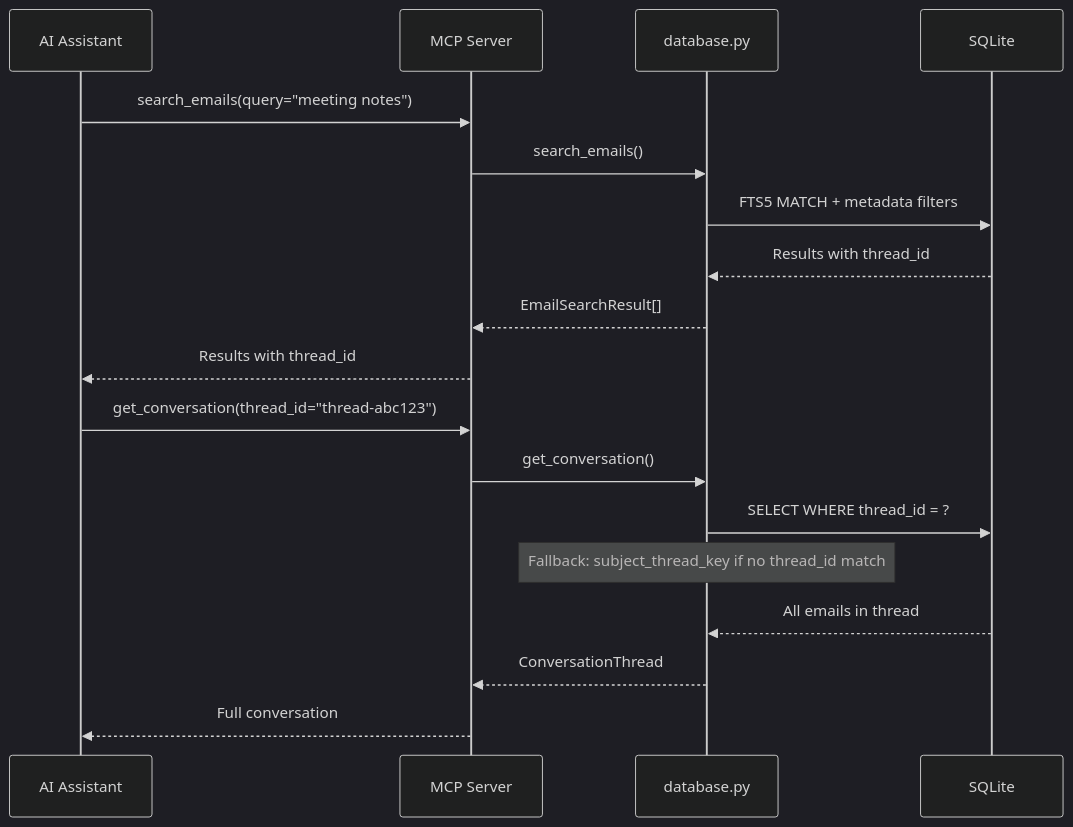
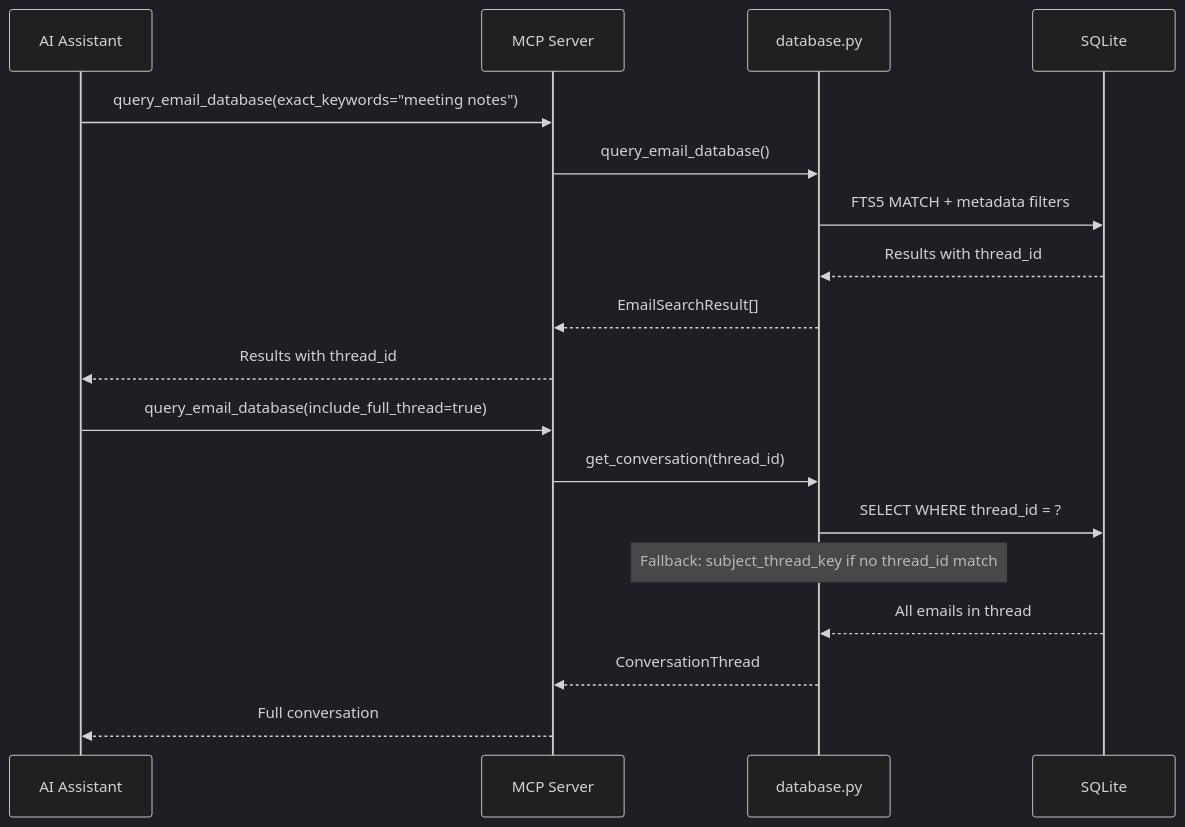
The fifth of 6 diagrams in README.md (thomasmaerz/emailindex), drawn with Mermaid (dark theme) before and after one commit. The commit also changed other lines of this file, not shown here.

````diff
--- a/README.md
+++ b/README.md
@@ -234,22 +353,22 @@
 ```mermaid
 sequenceDiagram
     participant Client as AI Assistant
     participant Server as MCP Server
     participant DB as database.py
     participant SQLite as SQLite
 
-    Client->>Server: search_emails(query="meeting notes")
-    Server->>DB: search_emails()
+    Client->>Server: query_email_database(exact_keywords="meeting notes")
+    Server->>DB: query_email_database()
     DB->>SQLite: FTS5 MATCH + metadata filters
     SQLite-->>DB: Results with thread_id
     DB-->>Server: EmailSearchResult[]
     Server-->>Client: Results with thread_id
 
-    Client->>Server: get_conversation(thread_id="thread-abc123")
-    Server->>DB: get_conversation()
+    Client->>Server: query_email_database(include_full_thread=true)
+    Server->>DB: get_conversation(thread_id)
     DB->>SQLite: SELECT WHERE thread_id = ?
     Note over DB: Fallback: subject_thread_key if no thread_id match
     SQLite-->>DB: All emails in thread
     DB-->>Server: ConversationThread
     Server-->>Client: Full conversation
 ```
````
